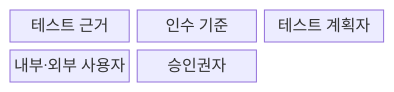
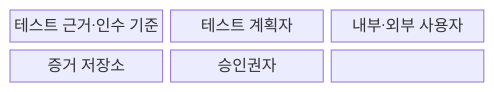
The first of 2 diagrams in src/content/docs/notes/03-software/062_alpha_beta_acceptance_testing.md (agnusdei1207/knowledge-base), drawn with Mermaid before and after one commit. The commit also changed other lines of this file and 20 other files, not shown here.

````diff
--- a/src/content/docs/notes/03-software/062_alpha_beta_acceptance_testing.md
+++ b/src/content/docs/notes/03-software/062_alpha_beta_acceptance_testing.md
@@ -55,9 +58,10 @@
 ```mermaid
-block-beta
+block
   columns 3
-  B["테스트 근거"]
-  C["인수 기준"]
+  B["테스트 근거·인수 기준"]
   P["테스트 계획자"]
   U["내부·외부 사용자"]
+  R["증거 저장소"]
   A["승인권자"]
+  B --> P --> U --> R --> A
 ```
````
